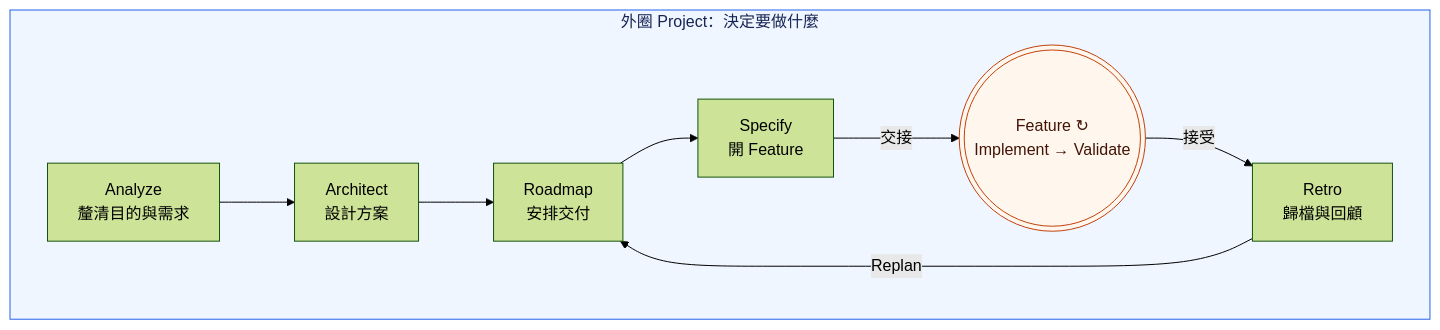
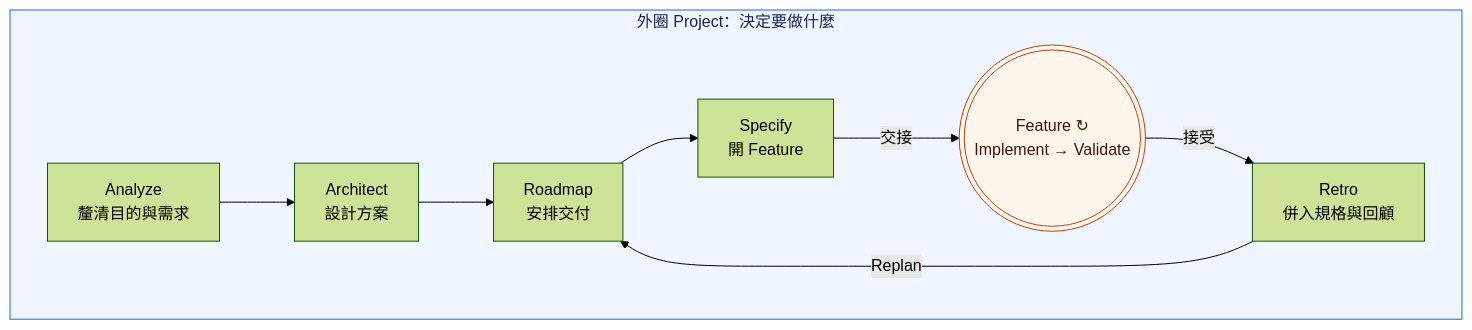
One commit to ellis429/loop-engineering changed the first of 3 diagrams in docs/guide/user-guide.md. Above: the diagram before and after it, drawn with Mermaid (forest theme). The commit also changed other lines of this file and 2 other files, not shown here.

````diff
--- a/docs/guide/user-guide.md
+++ b/docs/guide/user-guide.md
@@ -13,12 +13,12 @@
 ```mermaid
 flowchart LR
   subgraph Project["外圈 Project：決定要做什麼"]
     direction LR
     A1["Analyze<br/>釐清目的與需求"] --> A2["Architect<br/>設計方案"] --> A3["Roadmap<br/>安排交付"] --> A4["Specify<br/>開 Feature"]
     A4 -->|交接| F((("Feature ↻<br/>Implement → Validate")))
-    F -->|接受| A5["Retro<br/>歸檔與回顧"]
+    F -->|接受| A5["Retro<br/>併入規格與回顧"]
     A5 -->|Replan| A3
   end
   style Project fill:#eff6ff,stroke:#2563eb,color:#172554
   style F fill:#fff7ed,stroke:#c2410c,color:#431407
 ```
````
